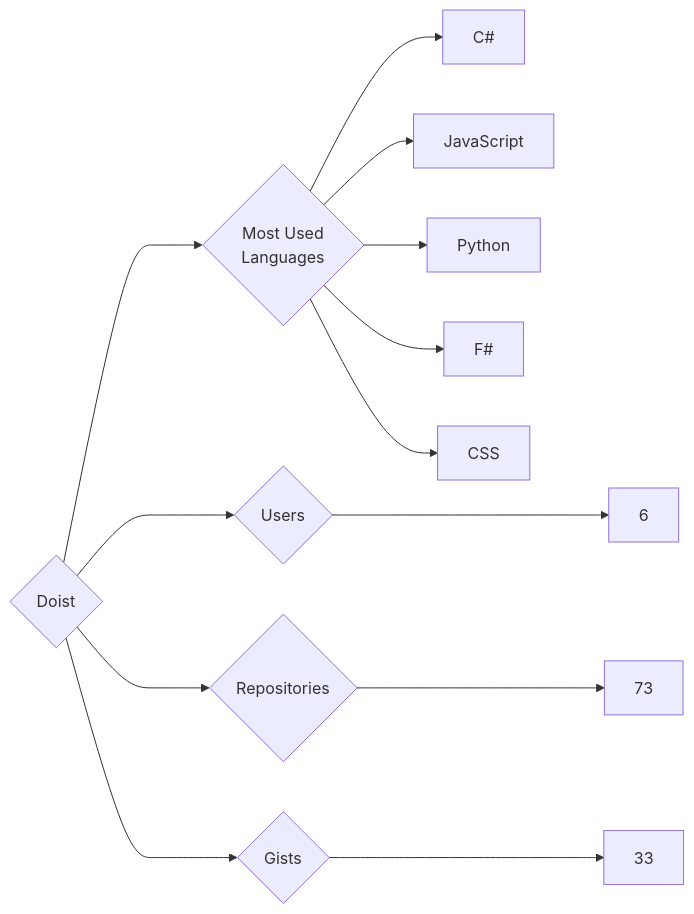
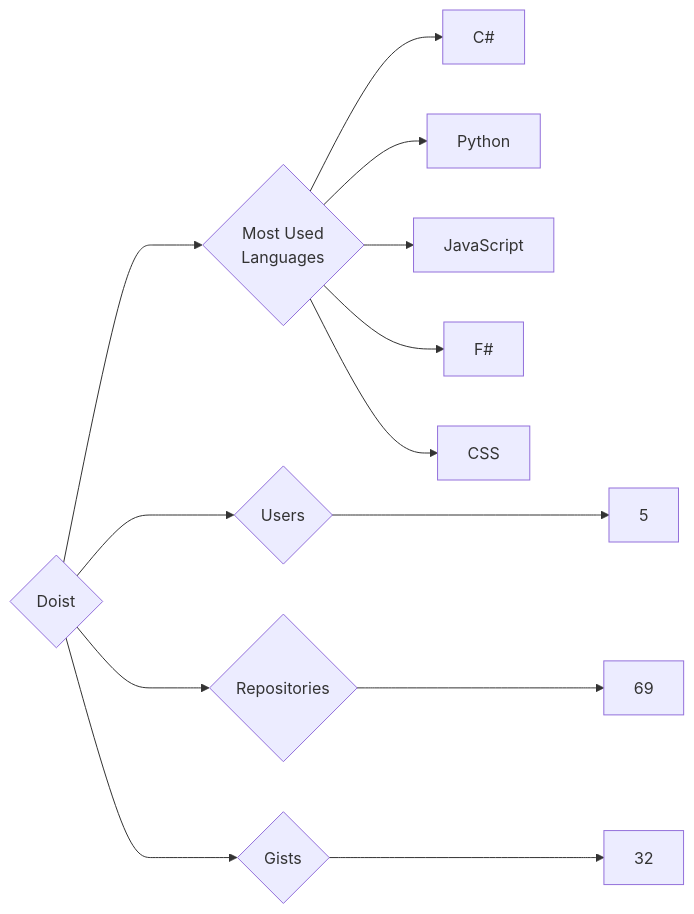
Before and after one commit to trickest/insiders: the diagram in targets/Doist/README.md, drawn with Mermaid. The commit also changed 997 other files, not shown here.

````diff
--- a/targets/Doist/README.md
+++ b/targets/Doist/README.md
@@ -3,13 +3,13 @@
 ```mermaid
 graph LR
 COMPANY_NAME{Doist}
-COMPANY_NAME ---> U{Users} ---> UN[6]
-COMPANY_NAME ---> R{Repositories} ---> RN[73]
-COMPANY_NAME ---> G{Gists} ---> GN[33]
+COMPANY_NAME ---> U{Users} ---> UN[5]
+COMPANY_NAME ---> R{Repositories} ---> RN[69]
+COMPANY_NAME ---> G{Gists} ---> GN[32]
 COMPANY_NAME ---> ML{Most Used<br>Languages}
 ML --> C#[C#]
+ML --> Python[Python]
 ML --> JavaScript[JavaScript]
-ML --> Python[Python]
 ML --> F#[F#]
 ML --> CSS[CSS]
 ```
````
